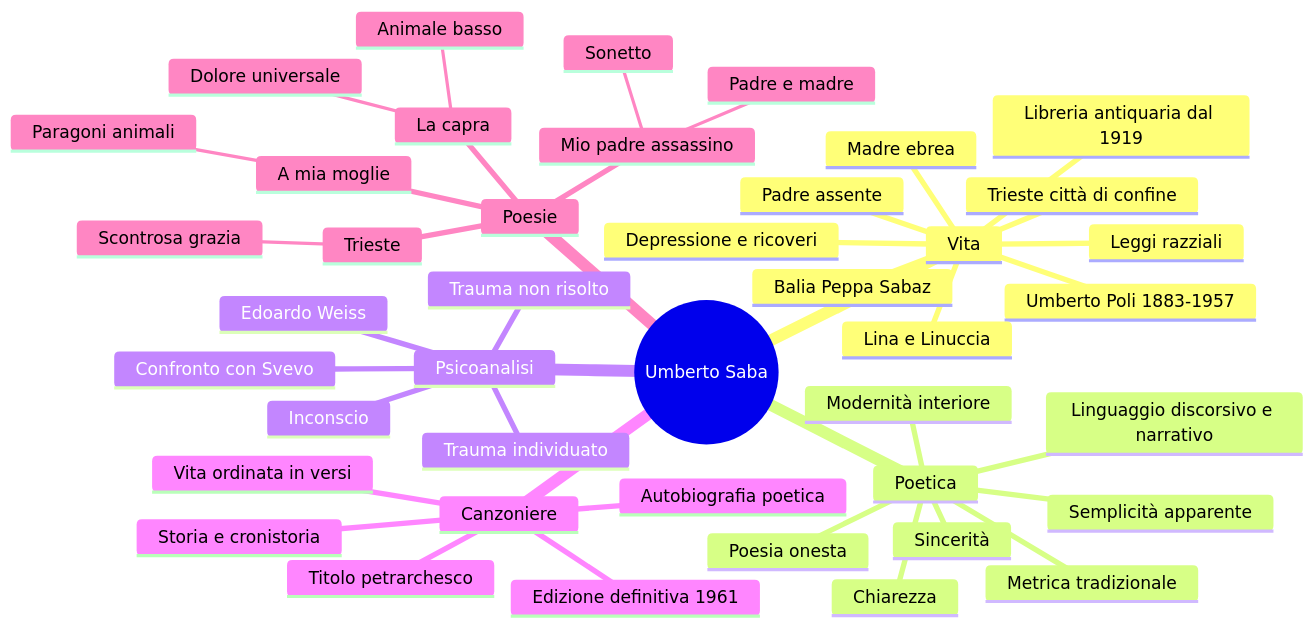
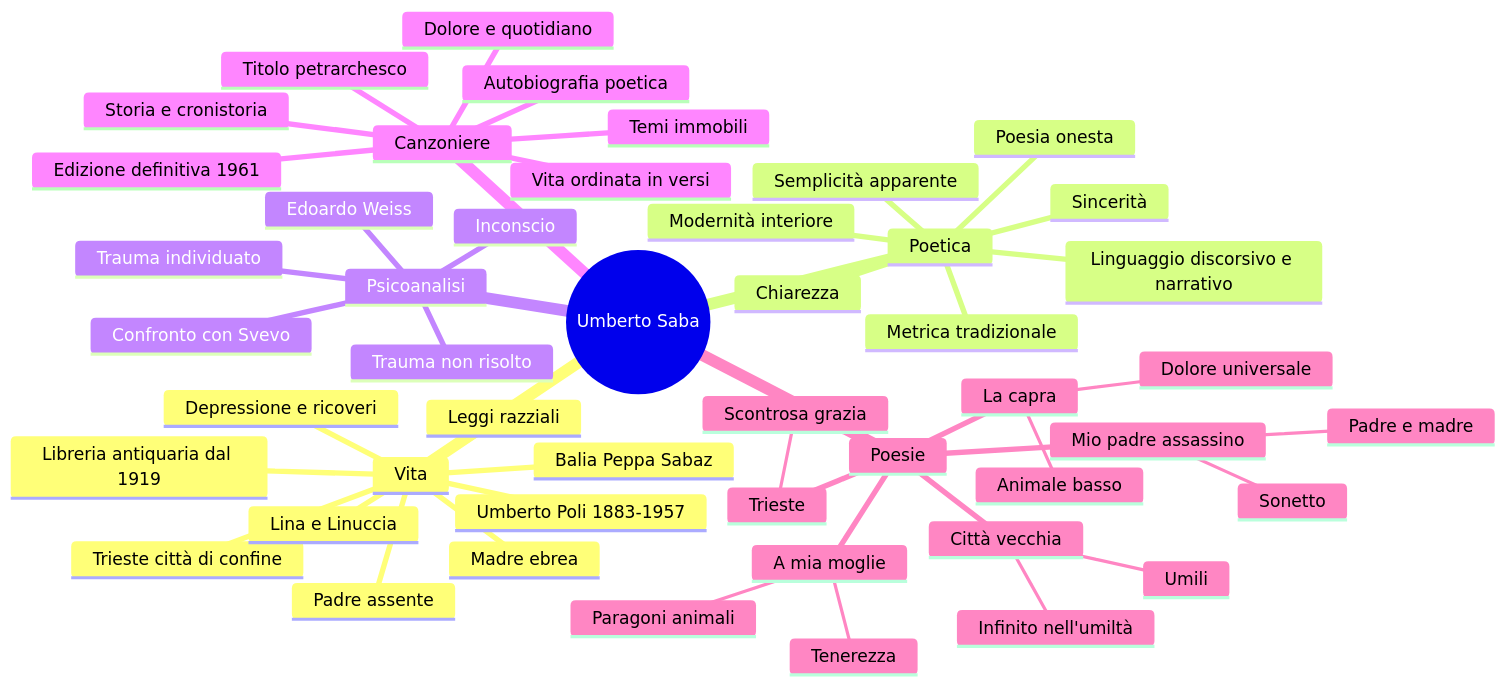
Before and after one commit to riccardo-algorime/appunti-5Bsa: the fourth of 4 diagrams in italiano/saba/mega-schema.md, drawn with Mermaid. The commit also changed other lines of this file and 20 other files, not shown here.

````diff
--- a/italiano/saba/mega-schema.md
+++ b/italiano/saba/mega-schema.md
@@ -302,45 +366,51 @@
 ```mermaid
 mindmap
   root((Umberto Saba))
     Vita
       Umberto Poli 1883-1957
       Trieste città di confine
       Madre ebrea
       Padre assente
       Balia Peppa Sabaz
       Lina e Linuccia
       Libreria antiquaria dal 1919
       Leggi razziali
       Depressione e ricoveri
     Poetica
       Poesia onesta
       Chiarezza
       Sincerità
       Semplicità apparente
       Linguaggio discorsivo e narrativo
       Metrica tradizionale
       Modernità interiore
     Psicoanalisi
       Edoardo Weiss
       Trauma individuato
       Trauma non risolto
       Inconscio
       Confronto con Svevo
     Canzoniere
       Titolo petrarchesco
       Autobiografia poetica
       Vita ordinata in versi
+      Temi immobili
+      Dolore e quotidiano
       Edizione definitiva 1961
       Storia e cronistoria
     Poesie
       La capra
         Animale basso
         Dolore universale
       Mio padre assassino
         Sonetto
         Padre e madre
       A mia moglie
         Paragoni animali
+        Tenerezza
       Trieste
         Scontrosa grazia
+      Città vecchia
+        Umili
+        Infinito nell'umiltà
 ```
````
